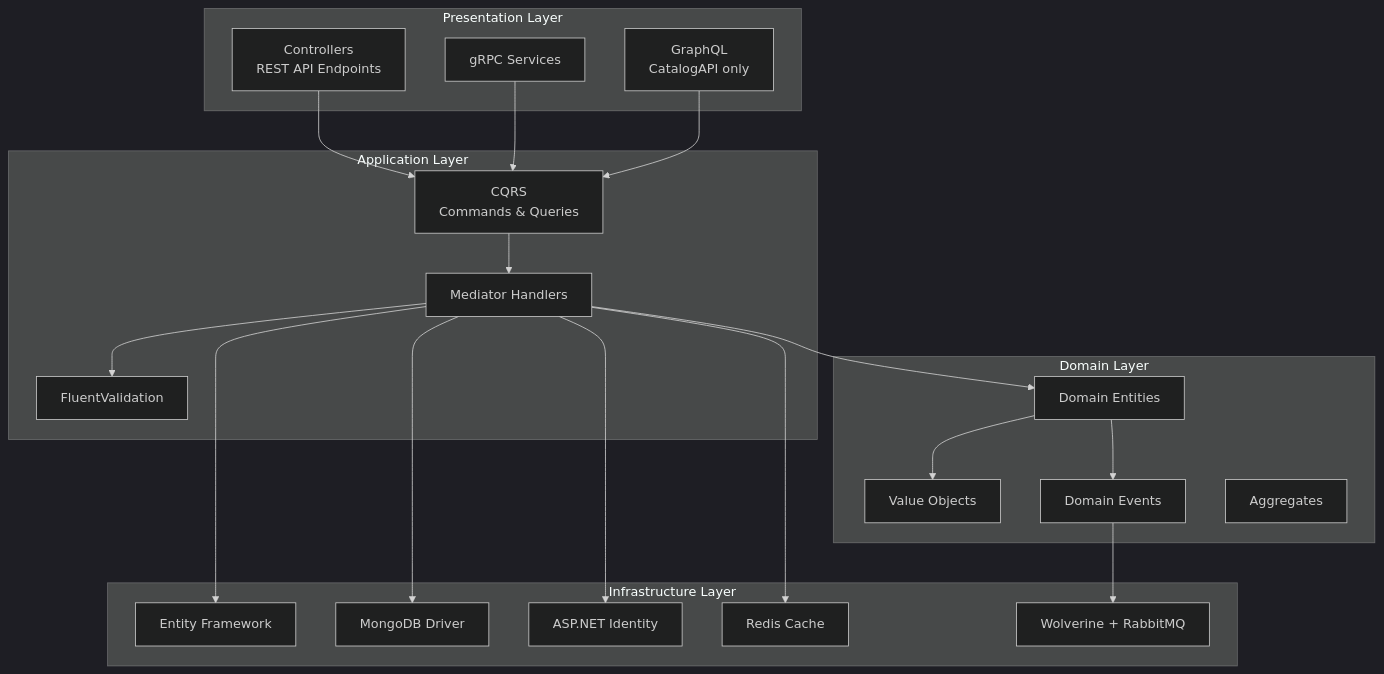
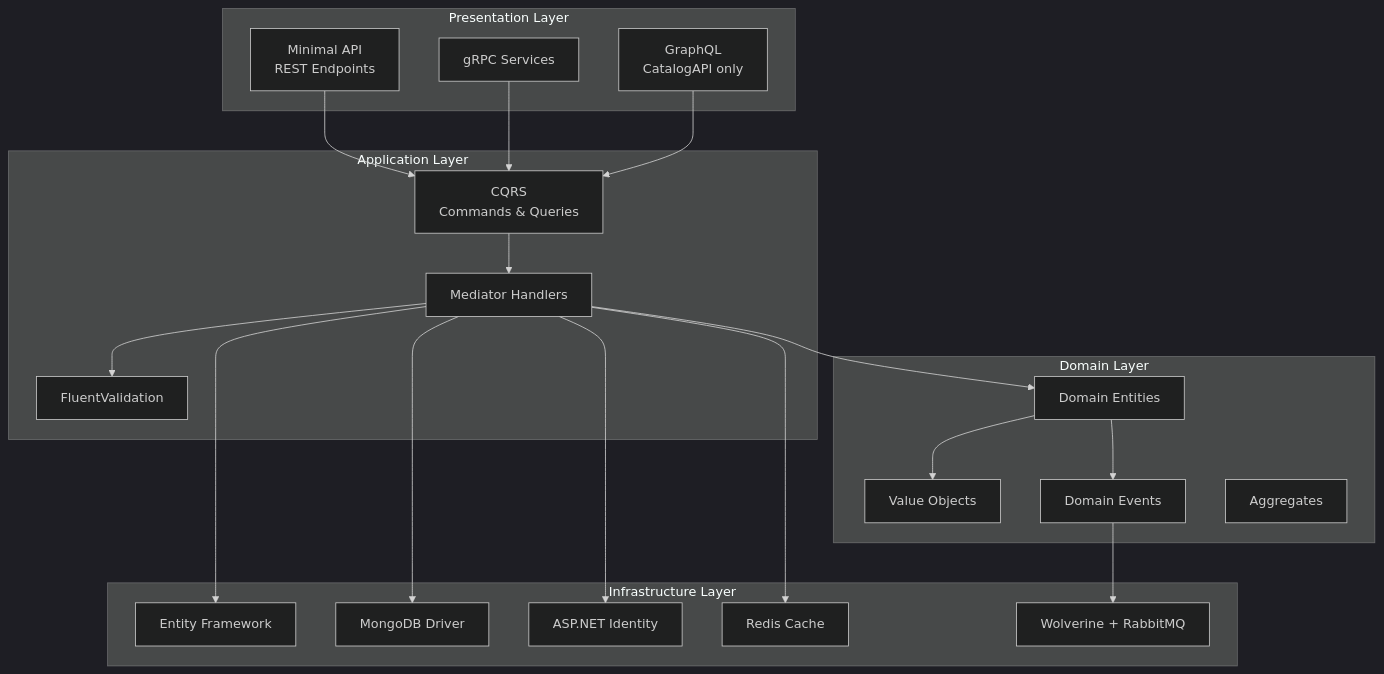
One commit to gndev-vn/DDDSample changed the third of 10 diagrams in docs/architecture.md. Above: the diagram before and after it, drawn with Mermaid (dark theme). The commit also changed other lines of this file and 429 other files, not shown here.

First line of the commit message:
Add Vue 3 admin frontend and update architecture docs

````diff
--- a/docs/architecture.md
+++ b/docs/architecture.md
@@ -143,43 +226,43 @@
 ```mermaid
 graph TB
     subgraph "Presentation Layer"
-        Controllers[Controllers<br/>REST API Endpoints]
+        Endpoints[Minimal API<br/>REST Endpoints]
         gRPC[gRPC Services]
         GraphQL[GraphQL<br/>CatalogAPI only]
     end
 
     subgraph "Application Layer"
         CQRS[CQRS<br/>Commands & Queries]
         Handlers[Mediator Handlers]
         Validators[FluentValidation]
     end
 
     subgraph "Domain Layer"
         Entities[Domain Entities]
         ValueObjects[Value Objects]
         DomainEvents[Domain Events]
         Aggregates[Aggregates]
     end
 
     subgraph "Infrastructure Layer"
         EF[Entity Framework]
         MongoDB[MongoDB Driver]
         Identity[ASP.NET Identity]
         Redis[Redis Cache]
         RabbitMQ[Wolverine + RabbitMQ]
     end
 
-    Controllers --> CQRS
+    Endpoints --> CQRS
     gRPC --> CQRS
     GraphQL --> CQRS
     CQRS --> Handlers
     Handlers --> Validators
     Handlers --> Entities
     Entities --> ValueObjects
     Entities --> DomainEvents
     DomainEvents --> RabbitMQ
     Handlers --> EF
     Handlers --> MongoDB
     Handlers --> Identity
     Handlers --> Redis
 ```
````
